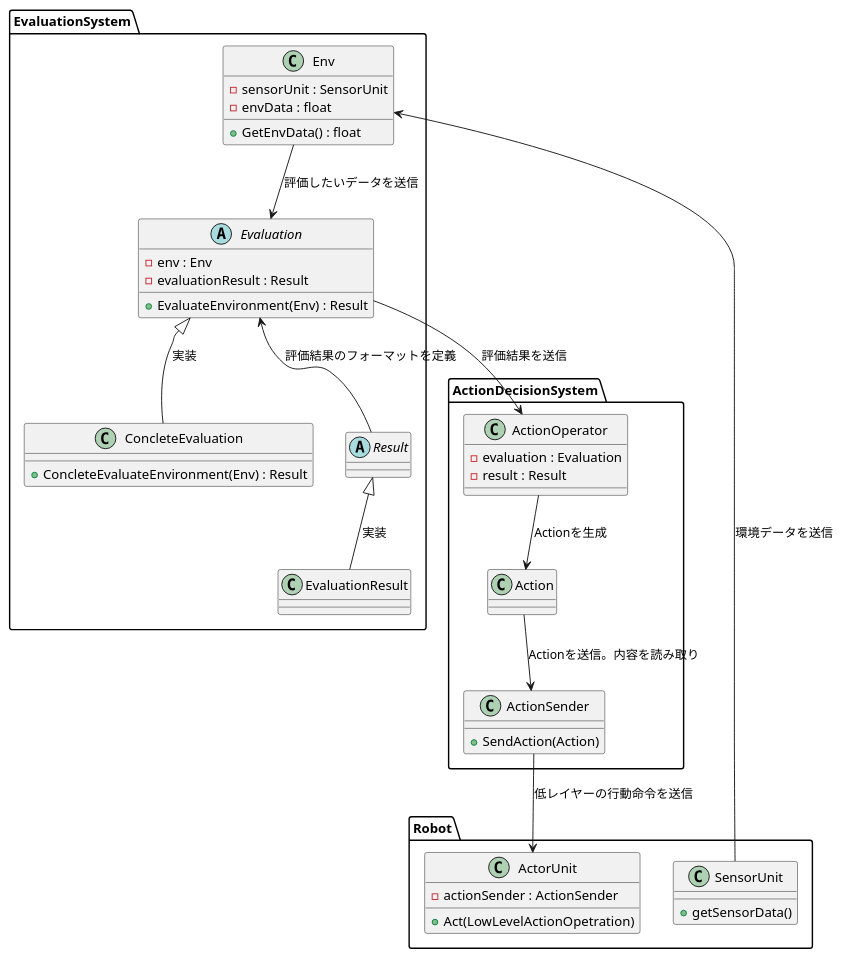
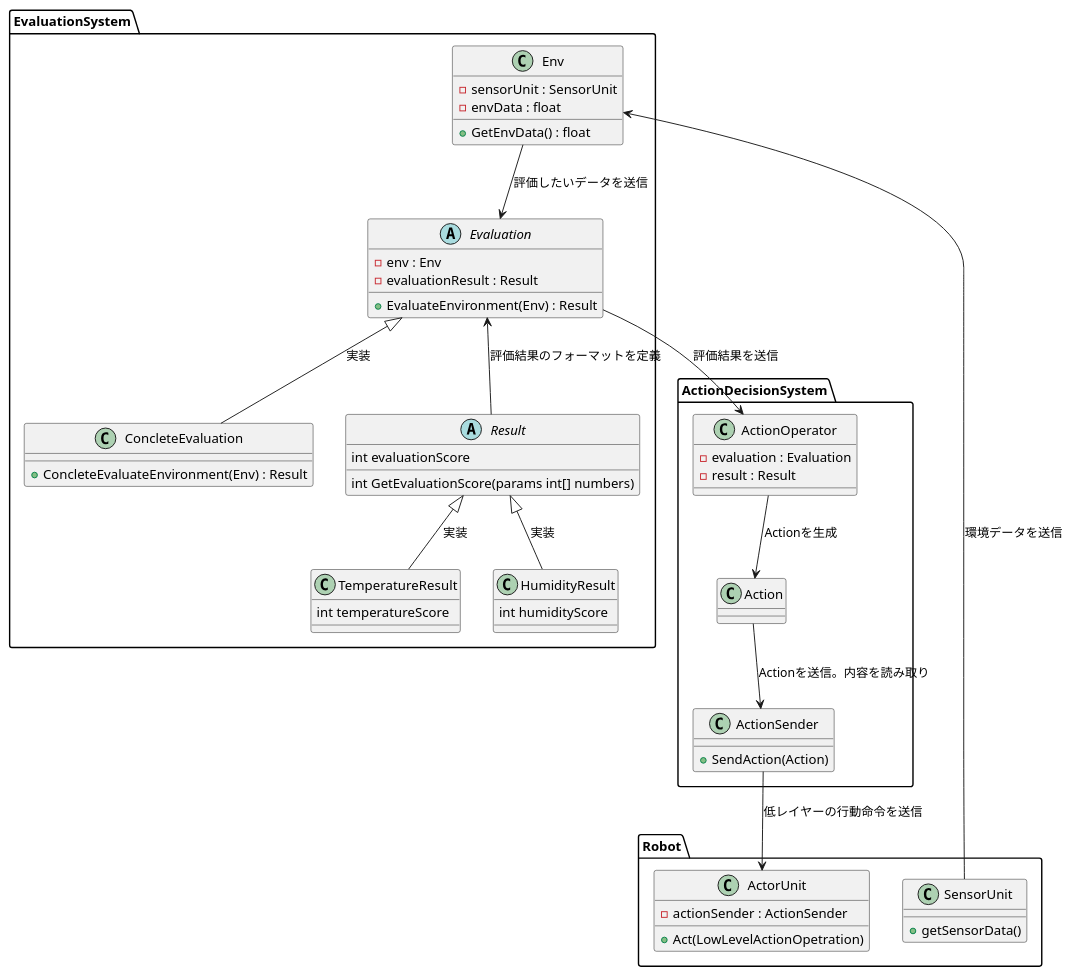
The diagram in Document/evaluate_environment.pu (Ryuzo-MYU/weak-toio), drawn with PlantUML before and after one commit. The commit also changed 12 other files, not shown here.

```diff
--- a/Document/evaluate_environment.pu
+++ b/Document/evaluate_environment.pu
@@ -1,55 +1,66 @@
 @startuml
 
 package Robot{
 	class ActorUnit{
 		- actionSender : ActionSender
 		+ Act(LowLevelActionOpetration)
 	}
 	class SensorUnit{
 		+ getSensorData()
 	}
 }
 
 package EvaluationSystem{
 	class Env{
 		- sensorUnit : SensorUnit
 		- envData : float
 		+ GetEnvData() : float
 	}
 	abstract Evaluation{
 		- env : Env
 		- evaluationResult : Result
 		+ EvaluateEnvironment(Env) : Result
 	}
 	class ConcleteEvaluation{
 		+ ConcleteEvaluateEnvironment(Env) : Result
 	}
 
-	abstract Result
-	class EvaluationResult
+	abstract Result{
+		' 対象とする環境の評価データ
+		' 負(過小、不足) < 0(適度) < 正(過度、過剰)
+		int evaluationScore
+		int GetEvaluationScore(params int[] numbers)
+	}
+	class TemperatureResult{
+		int temperatureScore
+	}
+	class HumidityResult{
+		int humidityScore
+	}
 }
 
 SensorUnit --> Env : 環境データを送信
 Env --> Evaluation : 評価したいデータを送信
 Evaluation <-- Result : 評価結果のフォーマットを定義
 Evaluation <|-- ConcleteEvaluation : 実装
-Result <|-- EvaluationResult : 実装
+Result <|-- TemperatureResult : 実装
+Result <|-- HumidityResult : 実装
 
 
 package ActionDecisionSystem{
 	class ActionOperator{
 		- evaluation : Evaluation
 		- result : Result
 	}
 	class Action
 	class ActionSender{
 		+ SendAction(Action)
 	}
 }
 
 Evaluation --> ActionOperator : 評価結果を送信
 ActionOperator --> Action : Actionを生成
 Action --> ActionSender : Actionを送信。内容を読み取り
 ActionSender --> ActorUnit : 低レイヤーの行動命令を送信
 
 @enduml
```
